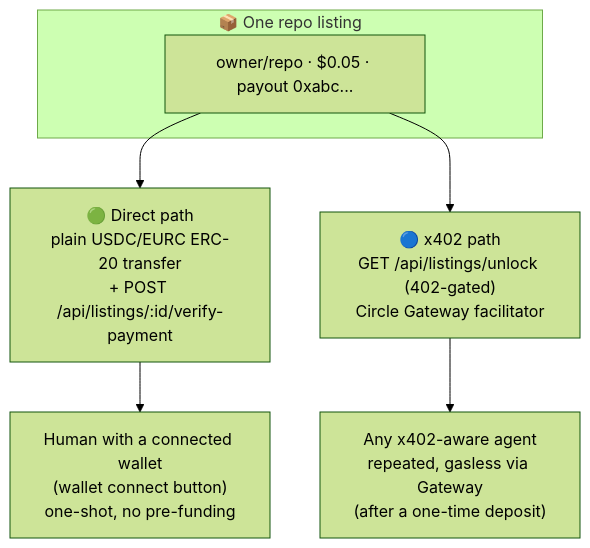
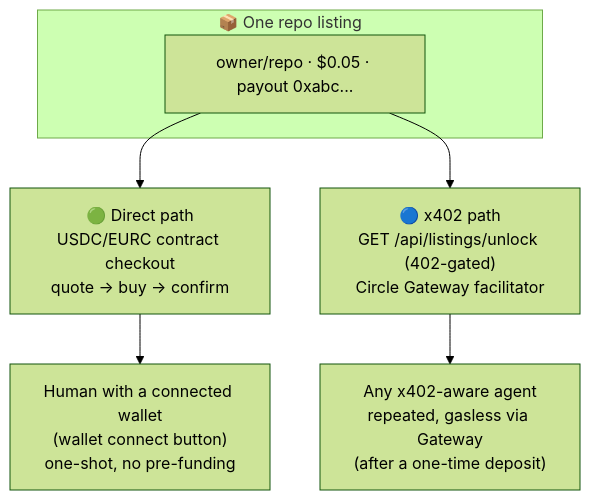
The third of 8 diagrams in README.md (vm06007/margit), drawn with Mermaid (forest theme) before and after one commit. The commit also changed other lines of this file and 2 other files, not shown here.

First line of the commit message:
Document checkout deployment, access recovery and agent architecture

````diff
--- a/README.md
+++ b/README.md
@@ -120,12 +122,12 @@
 ```mermaid
 flowchart TD
     subgraph Listing["📦 One repo listing"]
         L[owner/repo · $0.05 · payout 0xabc...]
     end
 
-    L --> Direct["🟢 Direct path<br/>plain USDC/EURC ERC-20 transfer<br/>+ POST /api/listings/:id/verify-payment"]
+    L --> Direct["🟢 Direct path<br/>USDC/EURC contract checkout<br/>quote → buy → confirm"]
     L --> X402["🔵 x402 path<br/>GET /api/listings/unlock (402-gated)<br/>Circle Gateway facilitator"]
 
     Direct --> Human["Human with a connected wallet<br/>(wallet connect button)<br/>one-shot, no pre-funding"]
     X402 --> Agent["Any x402-aware agent<br/>repeated, gasless via Gateway<br/>(after a one-time deposit)"]
 ```
````
